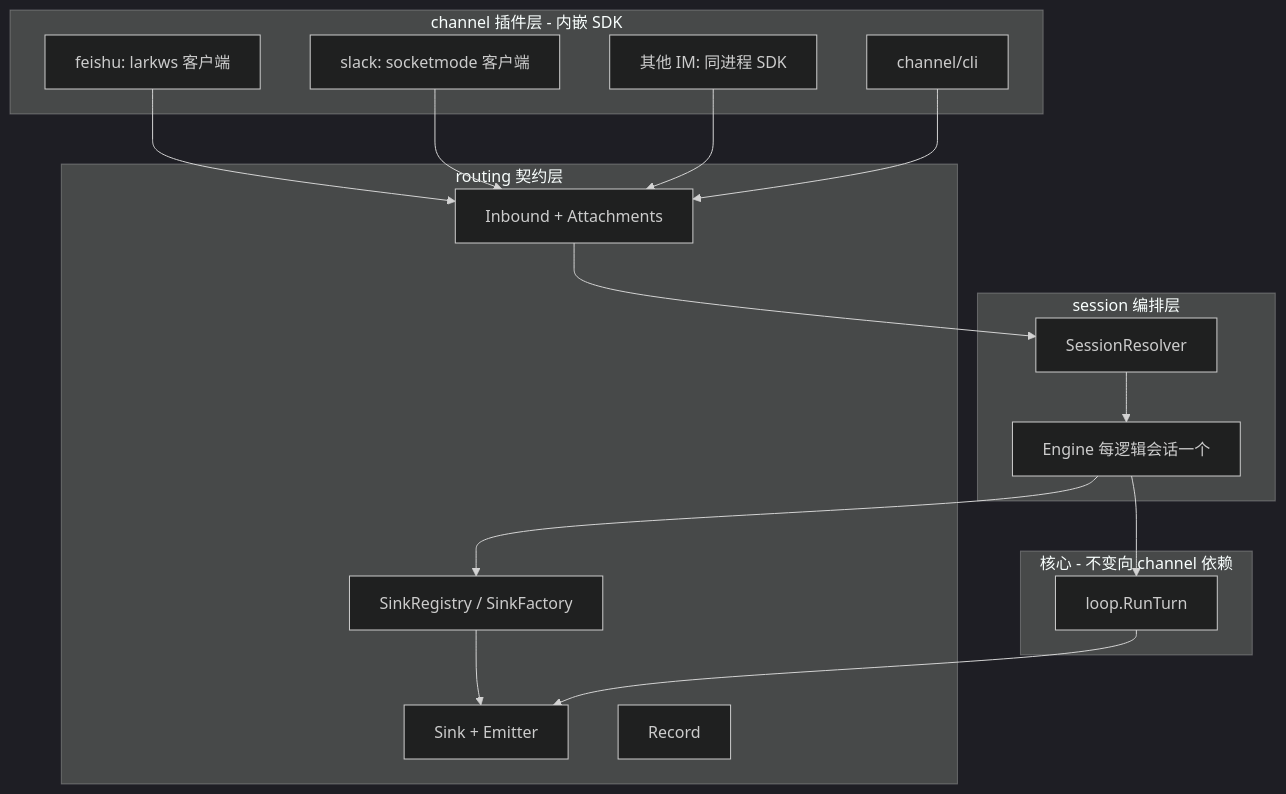
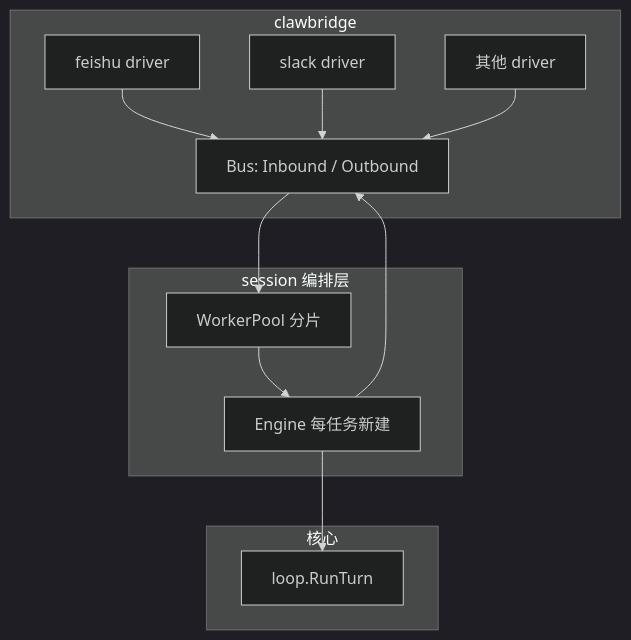
One commit to lengzhao/oneclaw changed the first of 2 diagrams in docs/im-channel-technical-design.md. Above: the diagram before and after it, drawn with Mermaid (dark theme). The commit also changed other lines of this file and 29 other files, not shown here.

````diff
--- a/docs/im-channel-technical-design.md
+++ b/docs/im-channel-technical-design.md
@@ -33,32 +34,23 @@
 ```mermaid
 flowchart TB
-  subgraph channels [channel 插件层 - 内嵌 SDK]
-    F["feishu: larkws 客户端"]
-    S["slack: socketmode 客户端"]
-    O[其他 IM: 同进程 SDK]
-    C["channel/cli"]
-  end
-  subgraph routing_layer [routing 契约层]
-    IN[Inbound + Attachments]
-    SR[SinkRegistry / SinkFactory]
-    SK[Sink + Emitter]
-    REC[Record]
+  subgraph cb [clawbridge]
+    F[feishu driver]
+    S[slack driver]
+    O[其他 driver]
+    BUS[Bus: Inbound / Outbound]
   end
   subgraph session_layer [session 编排层]
-    RES[SessionResolver]
-    ENG[Engine 每逻辑会话一个]
+    WP[WorkerPool 分片]
+    ENG[Engine 每任务新建]
   end
-  subgraph core [核心 - 不变向 channel 依赖]
+  subgraph core [核心]
     LP[loop.RunTurn]
   end
-  F --> IN
-  S --> IN
-  O --> IN
-  C --> IN
-  IN --> RES
-  RES --> ENG
-  ENG --> SR
-  SR --> SK
+  F --> BUS
+  S --> BUS
+  O --> BUS
+  BUS --> WP
+  WP --> ENG
   ENG --> LP
-  LP --> SK
+  ENG --> BUS
 ```
````
